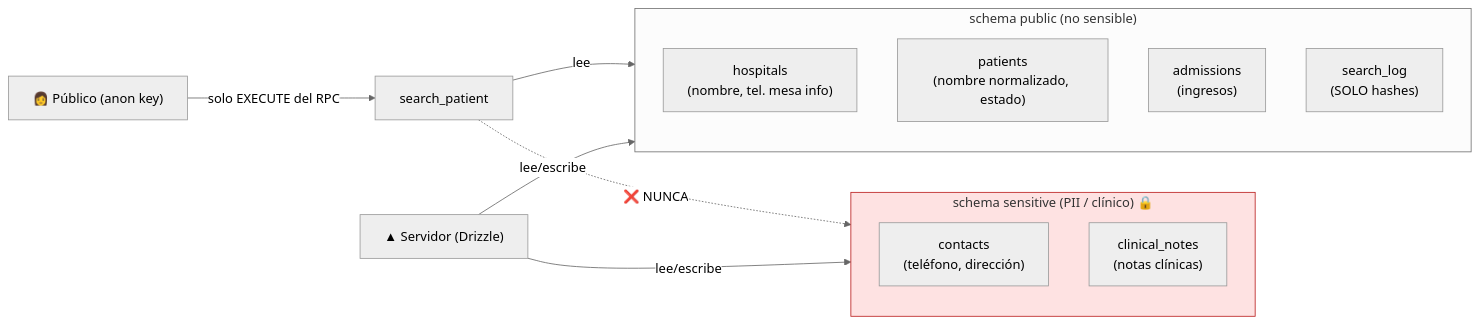
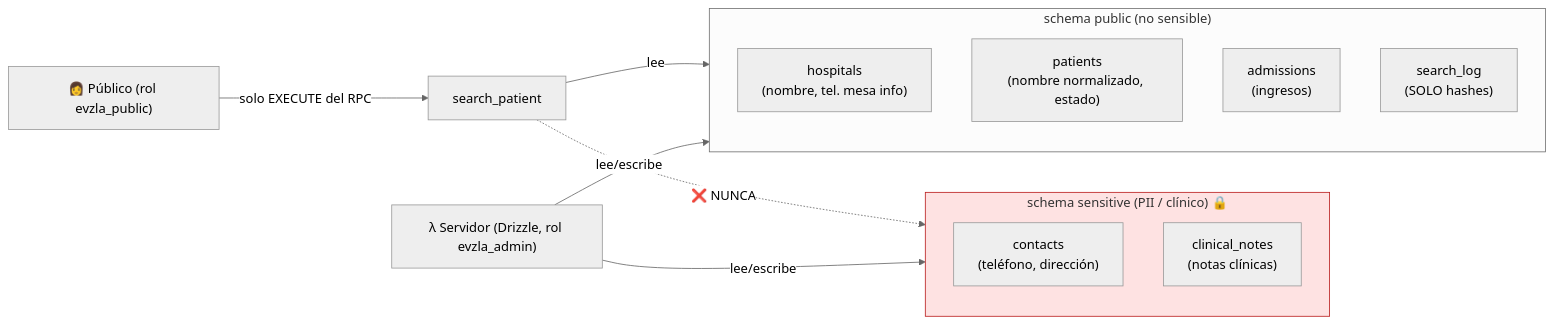
Before and after one commit to jorgeluisd/encuentramevzla: the sixth of 7 diagrams in docs/ARCHITECTURE.md, drawn with Mermaid (neutral theme). The commit also changed other lines of this file and 54 other files, not shown here.

````diff
--- a/docs/ARCHITECTURE.md
+++ b/docs/ARCHITECTURE.md
@@ -236,22 +246,22 @@
 ```mermaid
 flowchart LR
     subgraph pub["schema public (no sensible)"]
         hospitals["hospitals<br/>(nombre, tel. mesa info)"]
         patients["patients<br/>(nombre normalizado, estado)"]
         admissions["admissions<br/>(ingresos)"]
         searchlog["search_log<br/>(SOLO hashes)"]
     end
     subgraph sens["schema sensitive (PII / clínico) 🔒"]
         contacts["contacts<br/>(teléfono, dirección)"]
         notes["clinical_notes<br/>(notas clínicas)"]
     end
 
-    anon["👩 Público (anon key)"] -->|"solo EXECUTE del RPC"| rpc2["search_patient"]
+    anon["👩 Público (rol evzla_public)"] -->|"solo EXECUTE del RPC"| rpc2["search_patient"]
     rpc2 -->|"lee"| pub
     rpc2 -.->|"❌ NUNCA"| sens
-    server["▲ Servidor (Drizzle)"] -->|"lee/escribe"| pub
+    server["λ Servidor (Drizzle, rol evzla_admin)"] -->|"lee/escribe"| pub
     server -->|"lee/escribe"| sens
 
     classDef forbidden fill:#fee2e2,stroke:#b91c1c;
     class sens forbidden;
 ```
````
